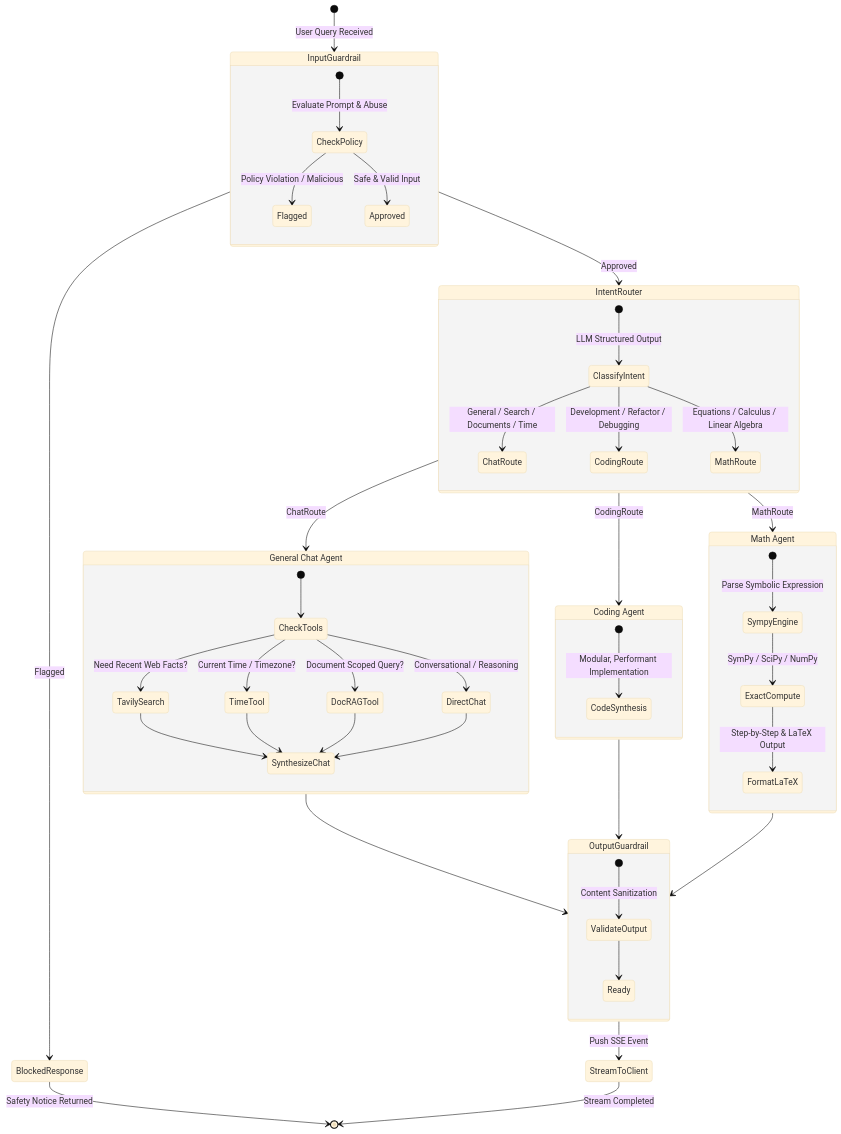
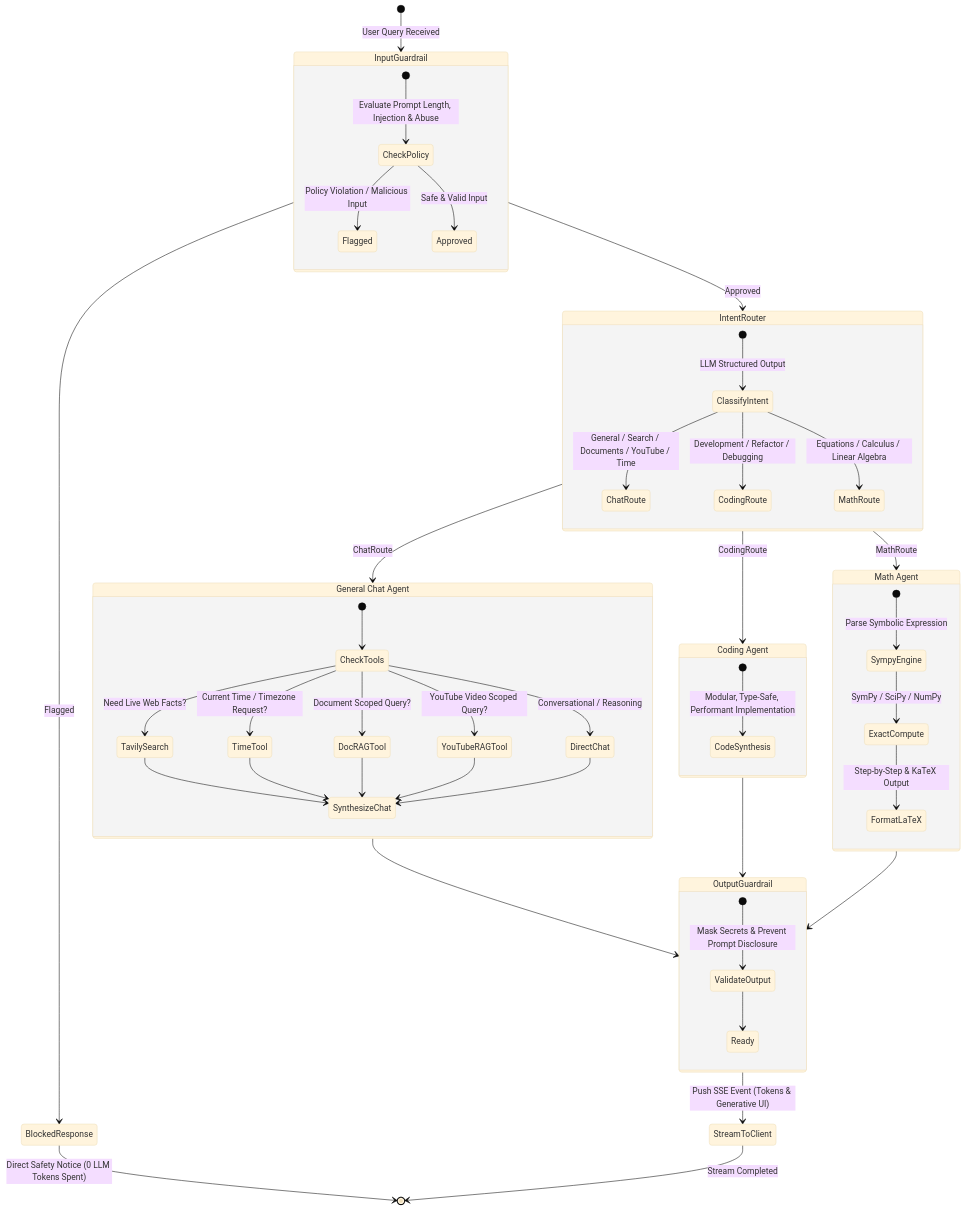
Before and after one commit to Sandeep-singh-99/Nexora-AI: the second of 4 diagrams in README.md, drawn with Mermaid (base theme). The commit also changed other lines of this file and 1 other file, not shown here.

````diff
--- a/README.md
+++ b/README.md
@@ -101,60 +120,62 @@
 ```mermaid
 stateDiagram-v2
     [*] --> InputGuardrail: User Query Received
 
     state InputGuardrail {
-        [*] --> CheckPolicy: Evaluate Prompt & Abuse
-        CheckPolicy --> Flagged: Policy Violation / Malicious
+        [*] --> CheckPolicy: Evaluate Prompt Length, Injection & Abuse
+        CheckPolicy --> Flagged: Policy Violation / Malicious Input
         CheckPolicy --> Approved: Safe & Valid Input
     }
 
     InputGuardrail --> BlockedResponse: Flagged
-    BlockedResponse --> [*]: Safety Notice Returned
+    BlockedResponse --> [*]: Direct Safety Notice (0 LLM Tokens Spent)
 
     InputGuardrail --> IntentRouter: Approved
 
     state IntentRouter {
         [*] --> ClassifyIntent: LLM Structured Output
-        ClassifyIntent --> ChatRoute: General / Search / Documents / Time
+        ClassifyIntent --> ChatRoute: General / Search / Documents / YouTube / Time
         ClassifyIntent --> CodingRoute: Development / Refactor / Debugging
         ClassifyIntent --> MathRoute: Equations / Calculus / Linear Algebra
     }
 
     state "General Chat Agent" as ChatAgentNode {
         [*] --> CheckTools
-        CheckTools --> TavilySearch: Need Recent Web Facts?
-        CheckTools --> TimeTool: Current Time / Timezone?
+        CheckTools --> TavilySearch: Need Live Web Facts?
+        CheckTools --> TimeTool: Current Time / Timezone Request?
         CheckTools --> DocRAGTool: Document Scoped Query?
+        CheckTools --> YouTubeRAGTool: YouTube Video Scoped Query?
         CheckTools --> DirectChat: Conversational / Reasoning
         TavilySearch --> SynthesizeChat
         TimeTool --> SynthesizeChat
         DocRAGTool --> SynthesizeChat
+        YouTubeRAGTool --> SynthesizeChat
         DirectChat --> SynthesizeChat
     }
 
     state "Coding Agent" as CodingAgentNode {
-        [*] --> CodeSynthesis: Modular, Performant Implementation
+        [*] --> CodeSynthesis: Modular, Type-Safe, Performant Implementation
     }
 
     state "Math Agent" as MathAgentNode {
         [*] --> SympyEngine: Parse Symbolic Expression
         SympyEngine --> ExactCompute: SymPy / SciPy / NumPy
-        ExactCompute --> FormatLaTeX: Step-by-Step & LaTeX Output
+        ExactCompute --> FormatLaTeX: Step-by-Step & KaTeX Output
     }
 
     IntentRouter --> ChatAgentNode: ChatRoute
     IntentRouter --> CodingAgentNode: CodingRoute
     IntentRouter --> MathAgentNode: MathRoute
 
     ChatAgentNode --> OutputGuardrail
     CodingAgentNode --> OutputGuardrail
     MathAgentNode --> OutputGuardrail
 
     state OutputGuardrail {
-        [*] --> ValidateOutput: Content Sanitization
+        [*] --> ValidateOutput: Mask Secrets & Prevent Prompt Disclosure
         ValidateOutput --> Ready
     }
 
-    OutputGuardrail --> StreamToClient: Push SSE Event
+    OutputGuardrail --> StreamToClient: Push SSE Event (Tokens & Generative UI)
     StreamToClient --> [*]: Stream Completed
 ```
````
